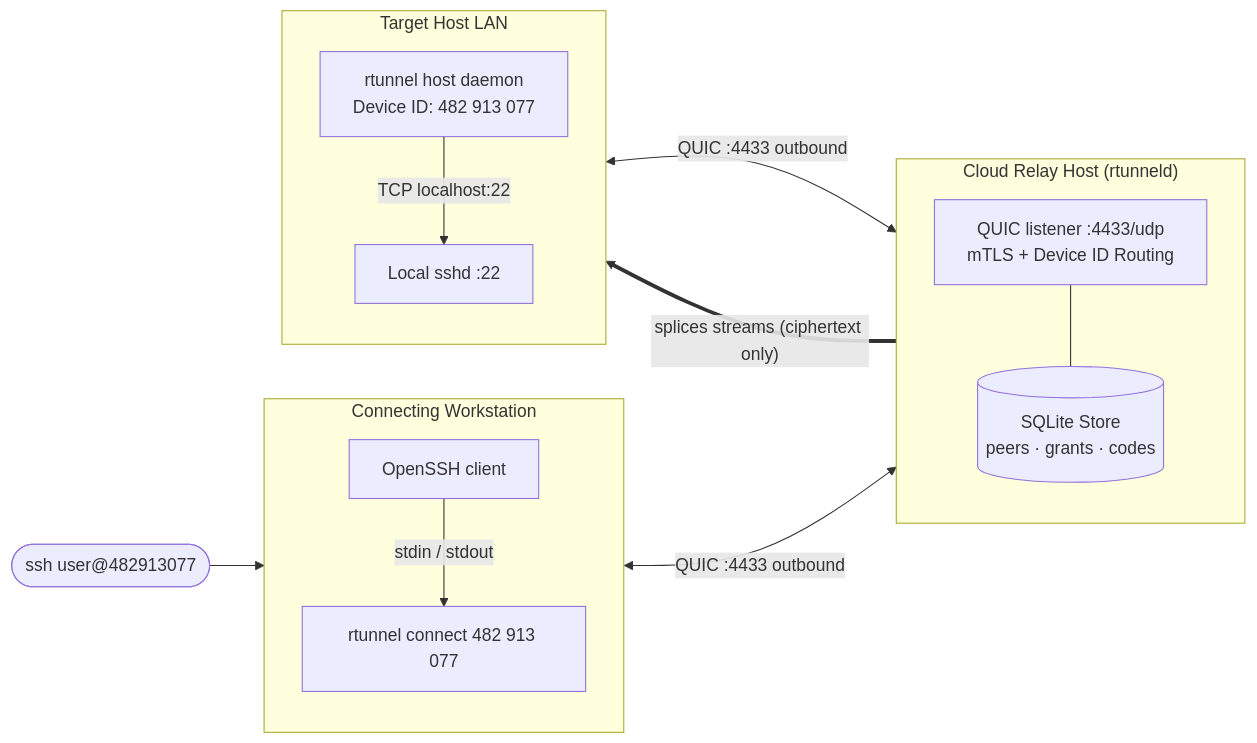
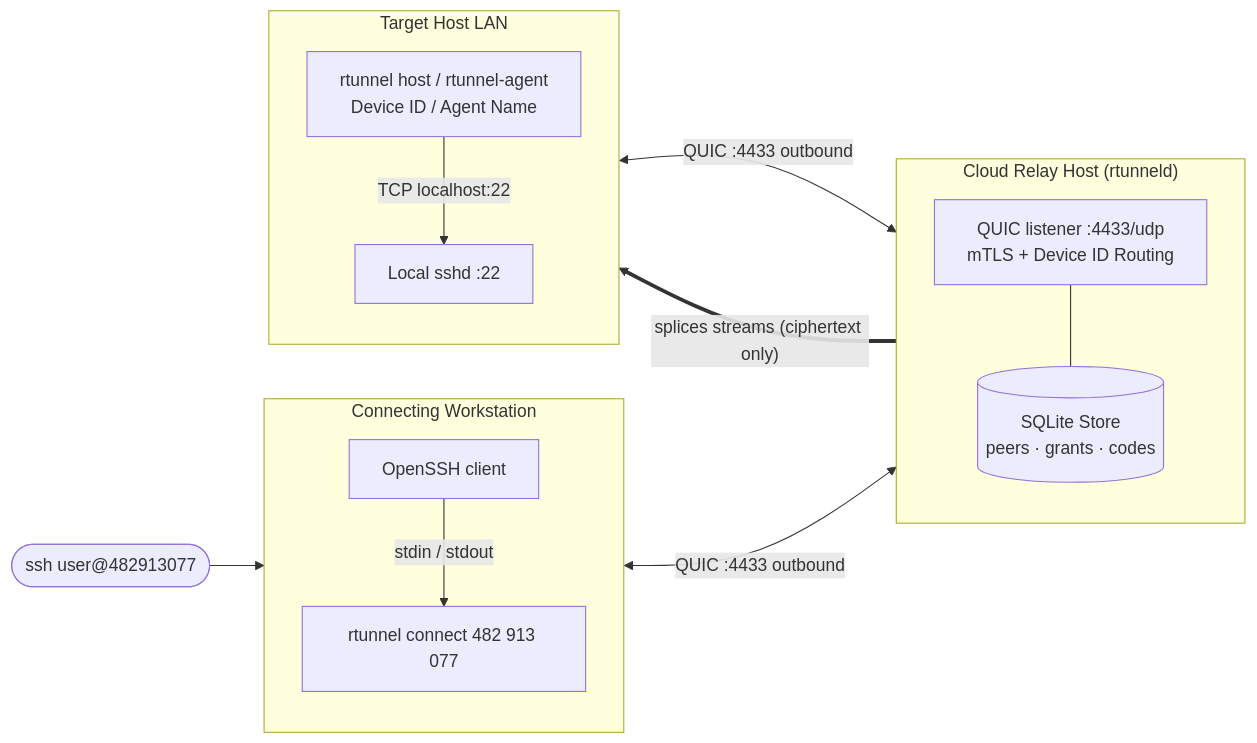
Before and after one commit to abiiranathan/rtunneld: the first of 2 diagrams in README.md, drawn with Mermaid. The commit also changed other lines of this file and 4 other files, not shown here.

````diff
--- a/README.md
+++ b/README.md
@@ -18,28 +19,28 @@
 ```mermaid
 flowchart LR
     subgraph Client["Connecting Workstation"]
         direction TB
         SSH["OpenSSH client"]
         RC["rtunnel connect 482 913 077"]
         SSH -->|"stdin / stdout"| RC
     end
 
     subgraph RelayHost["Cloud Relay Host (rtunneld)"]
         direction TB
         Relay["QUIC listener :4433/udp<br/>mTLS + Device ID Routing"]
         DB[("SQLite Store<br/>peers · grants · codes")]
         Relay --- DB
     end
 
     subgraph PrivateLAN["Target Host LAN"]
         direction TB
-        Host["rtunnel host daemon<br/>Device ID: 482 913 077"]
+        Host["rtunnel host / rtunnel-agent<br/>Device ID / Agent Name"]
         Target["Local sshd :22"]
         Host -->|"TCP localhost:22"| Target
     end
 
     User(["ssh user@482913077"]) --> SSH
     RC <-->|"QUIC :4433 outbound"| Relay
     Host <-->|"QUIC :4433 outbound"| Relay
     Relay ==>|"splices streams (ciphertext only)"| Host
 ```
````
